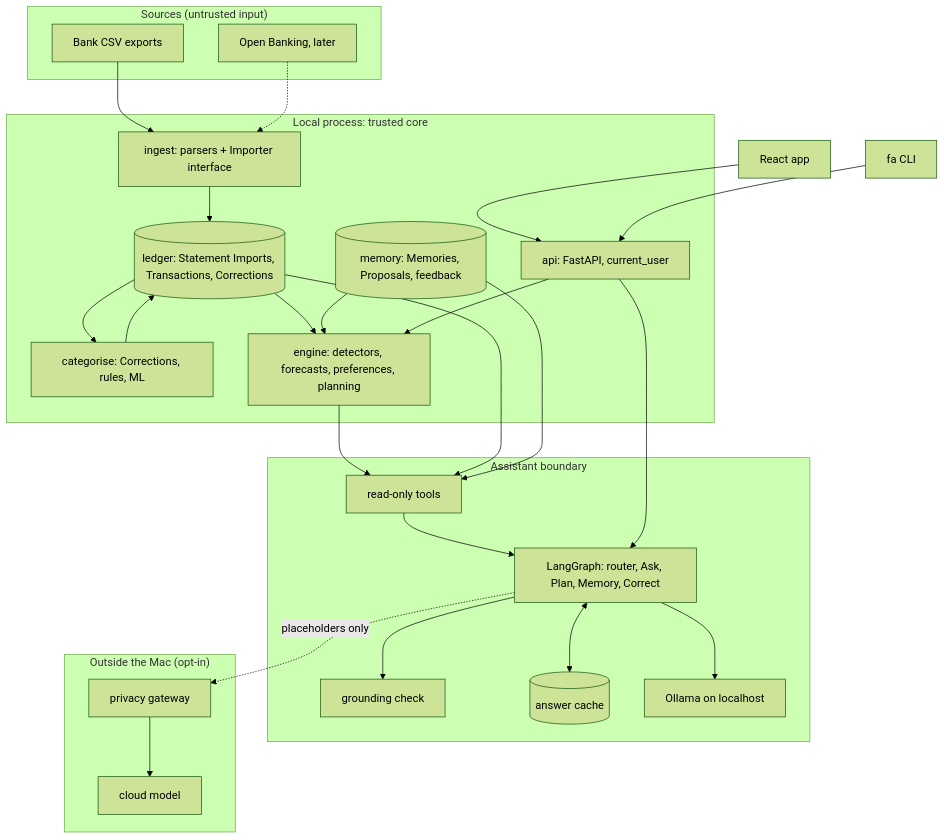
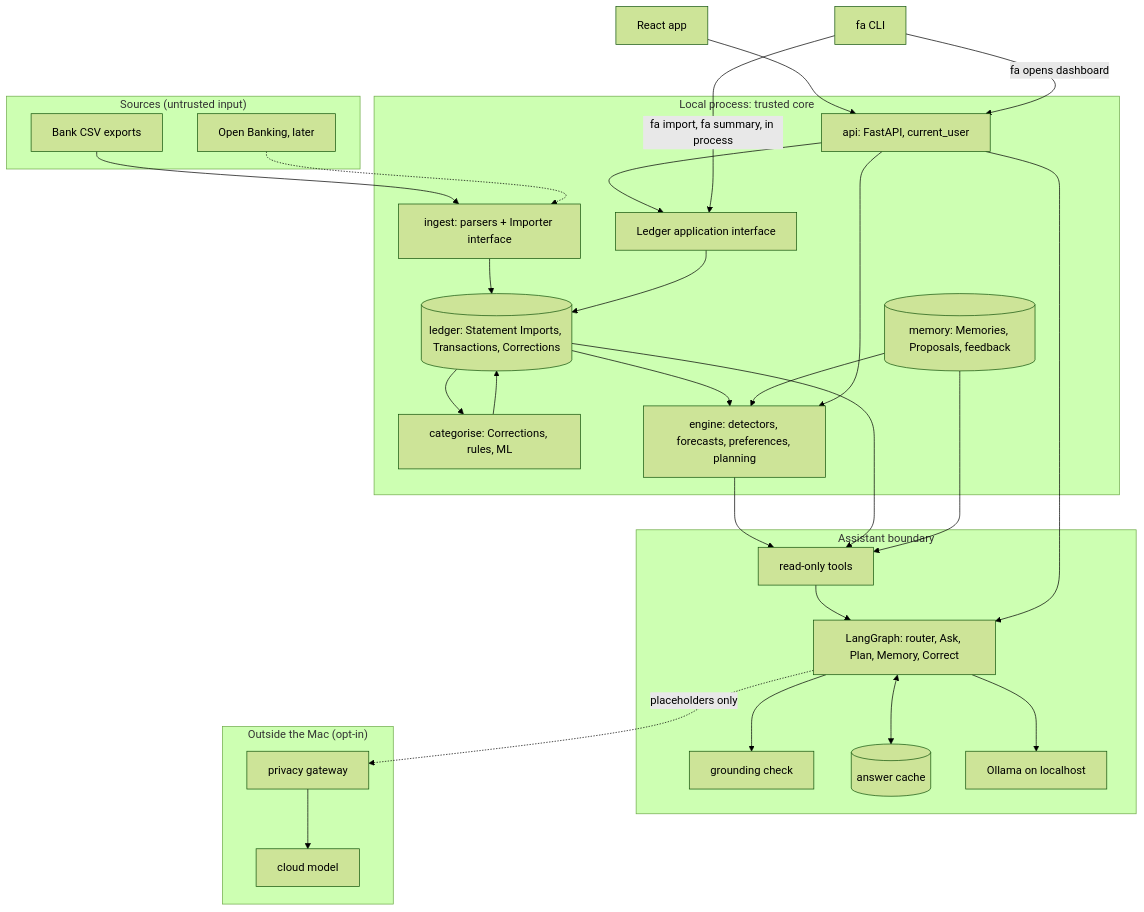
The diagram in docs/ARCHITECTURE.md (esharif20/finance-agent), drawn with Mermaid (forest theme) before and after one commit. The commit also changed other lines of this file, not shown here.

First line of the commit message:
Docs: CLI arrow and Ledger interface section in ARCHITECTURE.md

````diff
--- a/docs/ARCHITECTURE.md
+++ b/docs/ARCHITECTURE.md
@@ -14,48 +14,52 @@
 ```mermaid
 flowchart TB
   subgraph Sources["Sources (untrusted input)"]
     CSV[Bank CSV exports]
     OB[Open Banking, later]
   end
 
   subgraph Core["Local process: trusted core"]
     ING[ingest: parsers + Importer interface]
     LED[(ledger: Statement Imports, Transactions, Corrections)]
+    LI[Ledger application interface]
     CAT[categorise: Corrections, rules, ML]
     ENG[engine: detectors, forecasts, preferences, planning]
     MEM[(memory: Memories, Proposals, feedback)]
     API[api: FastAPI, current_user]
   end
 
   subgraph AI["Assistant boundary"]
     G[LangGraph: router, Ask, Plan, Memory, Correct]
     T[read-only tools]
     GC[grounding check]
     C[(answer cache)]
     OL[Ollama on localhost]
   end
 
   subgraph Cloud["Outside the Mac (opt-in)"]
     GW[privacy gateway]
     LLM[cloud model]
   end
 
   CSV --> ING
   OB -.-> ING
   ING --> LED
   LED --> CAT --> LED
   LED --> ENG
   MEM --> ENG
   ENG --> T
   LED --> T
   MEM --> T
   T --> G
   G --> OL
   G --> GC
   G <--> C
   G -.placeholders only.-> GW --> LLM
+  LI --> LED
+  API --> LI
   API --> ENG
   API --> G
   WEB[React app] --> API
-  CLI[fa CLI] --> API
+  CLI[fa CLI] -->|fa import, fa summary, in process| LI
+  CLI -->|fa opens dashboard| API
 ```
````
